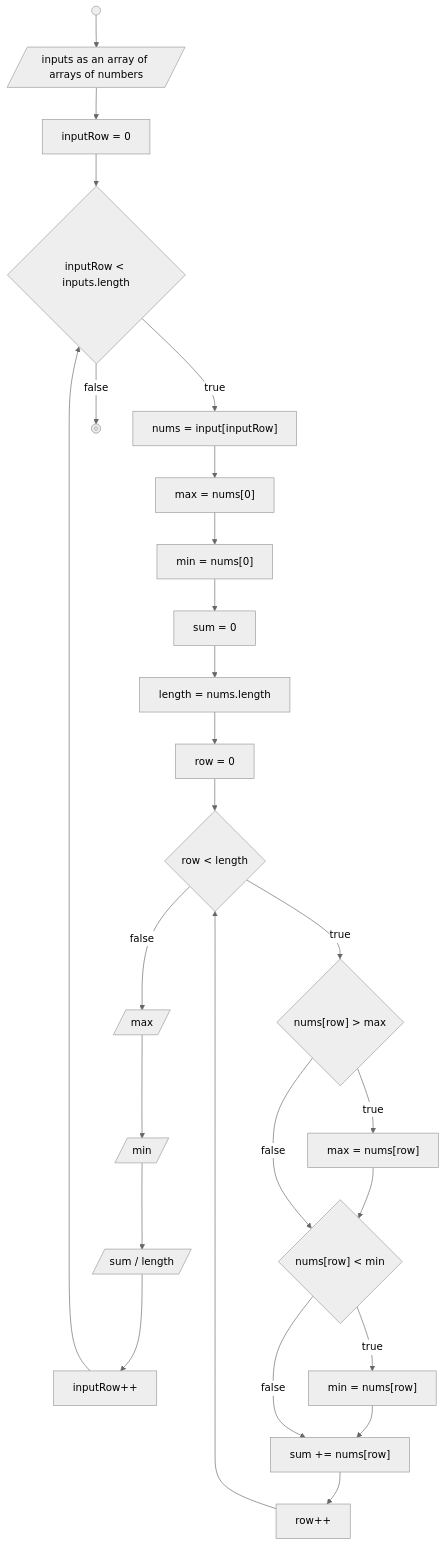
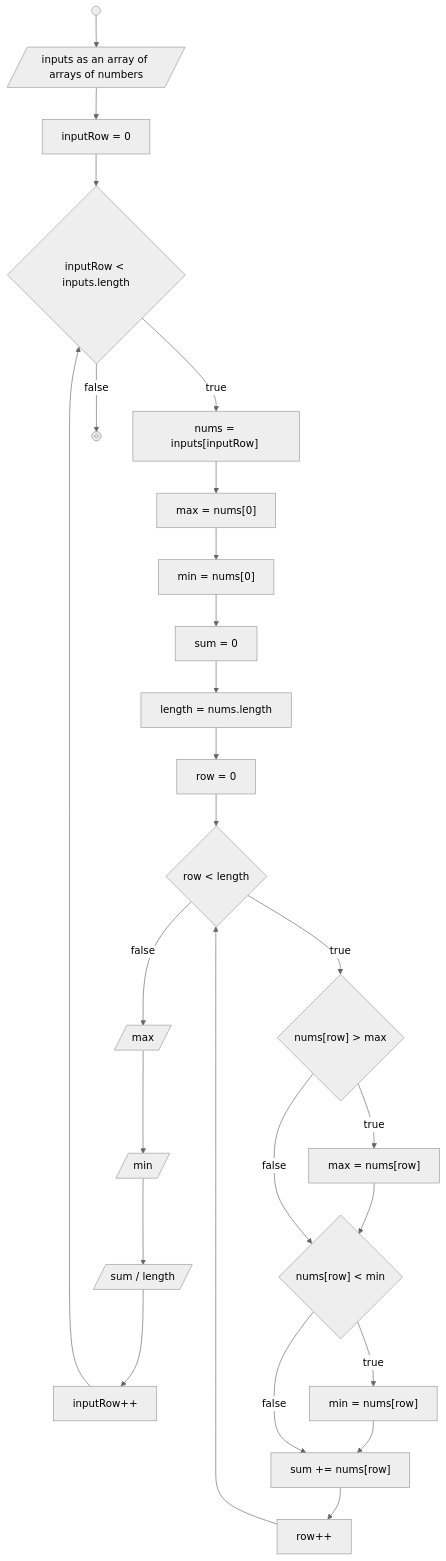
The diagram in README.md (sronnaim/koda-b10-javascript4), drawn with Mermaid (neutral theme) before and after one commit.

Commit message:
chore: fixed typo

````diff
--- a/README.md
+++ b/README.md
@@ -7,46 +7,46 @@
 ```mermaid
 flowchart TD
     Start@{ shape: start }
     InputArrayOfNums@{ shape: lean-r, label: "inputs as an array of arrays of numbers" }
     InputRowInit@{ shape: rect, label: "inputRow = 0" }
     InputRowControl@{ shape: decision, label: "inputRow < inputs.length" }
     IncrInputRow@{ shape: rect, label: "inputRow++" }
-    InitRowOfNums@{ shape: rect, label: "nums = input[inputRow] "}
+    InitRowOfNums@{ shape: rect, label: "nums = inputs[inputRow] "}
     InitMax@{ shape: rect, label: "max = nums[0]" }
     InitMin@{ shape: rect, label: "min = nums[0]" }
     InitSum@{ shape: rect, label: "sum = 0" }
     InitLength@{ shape: rect, label: "length = nums.length" }
     InitRow@{ shape: rect, label: "row = 0" }
     RowControl@{ shape: decision, label: "row < length" }
     MaxControl@{ shape: decision, label: "nums[row] > max" }
     ChangeMax@{ shape: rect, label: "max = nums[row]" }
     MinControl@{ shape: decision, label: "nums[row] < min" }
     ChangeMin@{ shape: rect, label: "min = nums[row]"}
     AddToSum@{ shape: rect, label: "sum += nums[row]" }
     IncrRow@{ shape: rect, label: "row++" }
     OutputMax@{ shape: lean-r, label: "max" }
     OutputMin@{ shape: lean-r, label: "min" }
     OutputAvg@{ shape: lean-r, label: "sum / length" }
     End@{ shape: stop }
 
     Start --> InputArrayOfNums --> InputRowInit --> InputRowControl
 
     InputRowControl --true--> InitRowOfNums
     InputRowControl --false--> End
 
     InitRowOfNums --> InitMax --> InitMin --> InitSum --> InitLength --> InitRow --> RowControl
 
     RowControl --true--> MaxControl
 
     MaxControl --true--> ChangeMax --> MinControl
     MaxControl --false--> MinControl
 
     MinControl --true--> ChangeMin --> AddToSum
     MinControl --false--> AddToSum
 
     AddToSum --> IncrRow --> RowControl
 
     RowControl --false--> OutputMax --> OutputMin --> OutputAvg
 
     OutputAvg --> IncrInputRow --> InputRowControl
 ```
````
